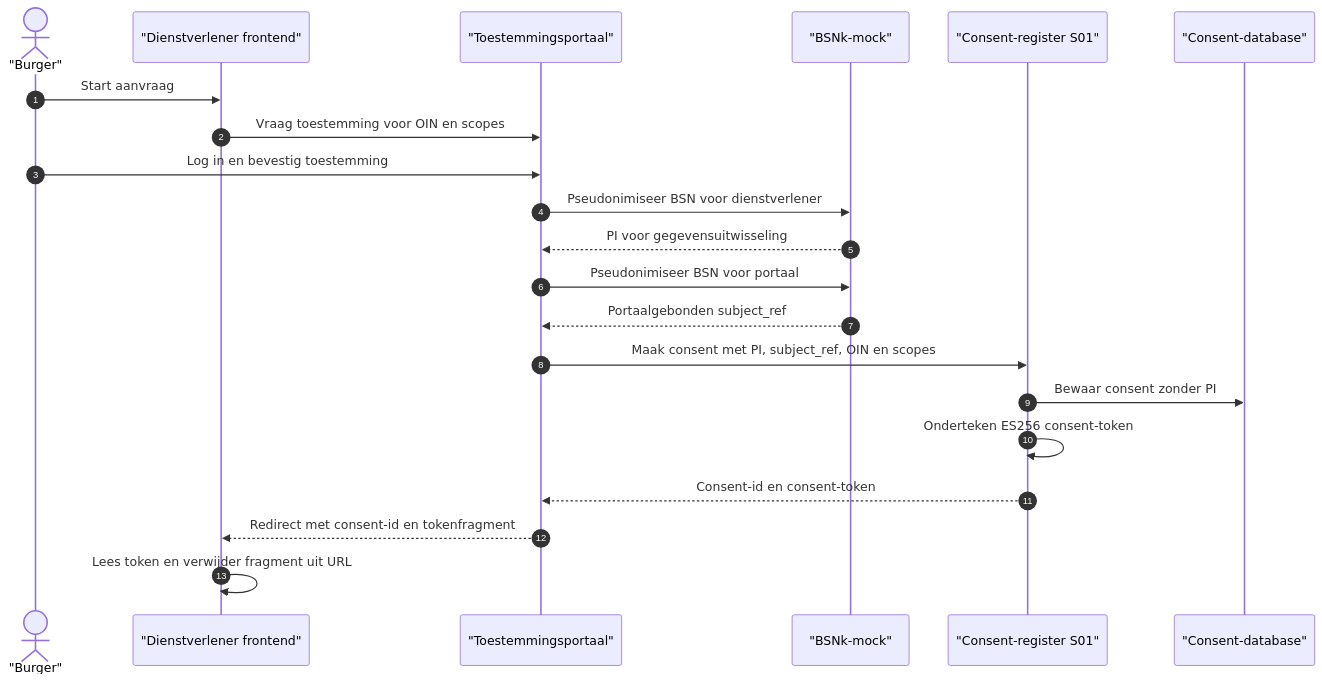
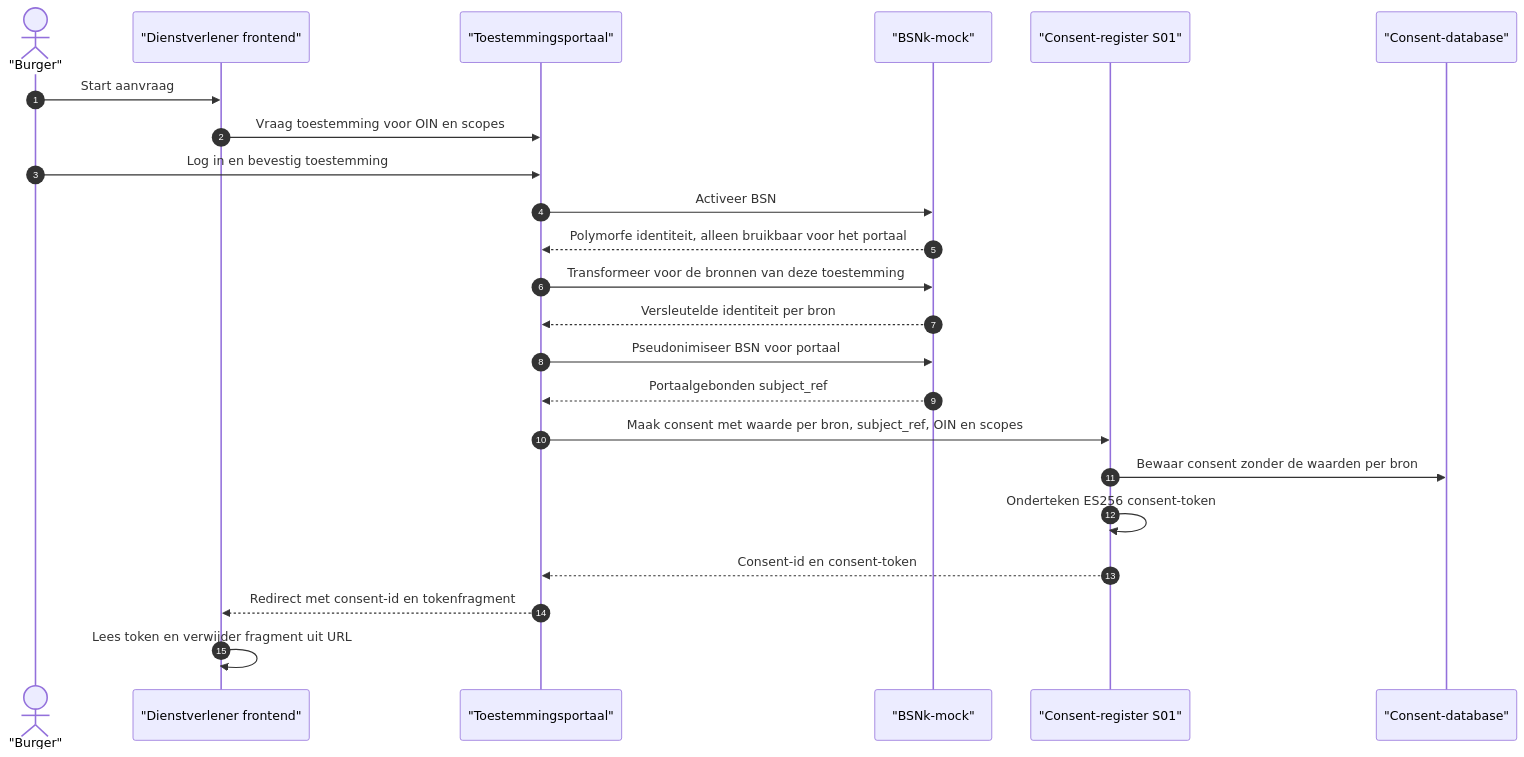
Before and after one commit to ICTU/GBO-demo: the second of 4 diagrams in docs/consent-flow.md, drawn with Mermaid. The commit also changed other lines of this file and 74 other files, not shown here.

````diff
--- a/docs/consent-flow.md
+++ b/docs/consent-flow.md
@@ -61,27 +64,29 @@
 ```mermaid
 sequenceDiagram
     autonumber
     actor Citizen as "Burger"
     participant UI as "Dienstverlener frontend"
     participant Portal as "Toestemmingsportaal"
     participant BSNk as "BSNk-mock"
     participant Register as "Consent-register S01"
     participant DB as "Consent-database"
 
     Citizen->>UI: Start aanvraag
     UI->>Portal: Vraag toestemming voor OIN en scopes
     Citizen->>Portal: Log in en bevestig toestemming
 
-    Portal->>BSNk: Pseudonimiseer BSN voor dienstverlener
-    BSNk-->>Portal: PI voor gegevensuitwisseling
+    Portal->>BSNk: Activeer BSN
+    BSNk-->>Portal: Polymorfe identiteit, alleen bruikbaar voor het portaal
+    Portal->>BSNk: Transformeer voor de bronnen van deze toestemming
+    BSNk-->>Portal: Versleutelde identiteit per bron
     Portal->>BSNk: Pseudonimiseer BSN voor portaal
     BSNk-->>Portal: Portaalgebonden subject_ref
 
-    Portal->>Register: Maak consent met PI, subject_ref, OIN en scopes
-    Register->>DB: Bewaar consent zonder PI
+    Portal->>Register: Maak consent met waarde per bron, subject_ref, OIN en scopes
+    Register->>DB: Bewaar consent zonder de waarden per bron
     Register->>Register: Onderteken ES256 consent-token
     Register-->>Portal: Consent-id en consent-token
 
     Portal-->>UI: Redirect met consent-id en tokenfragment
     UI->>UI: Lees token en verwijder fragment uit URL
 ```
````
